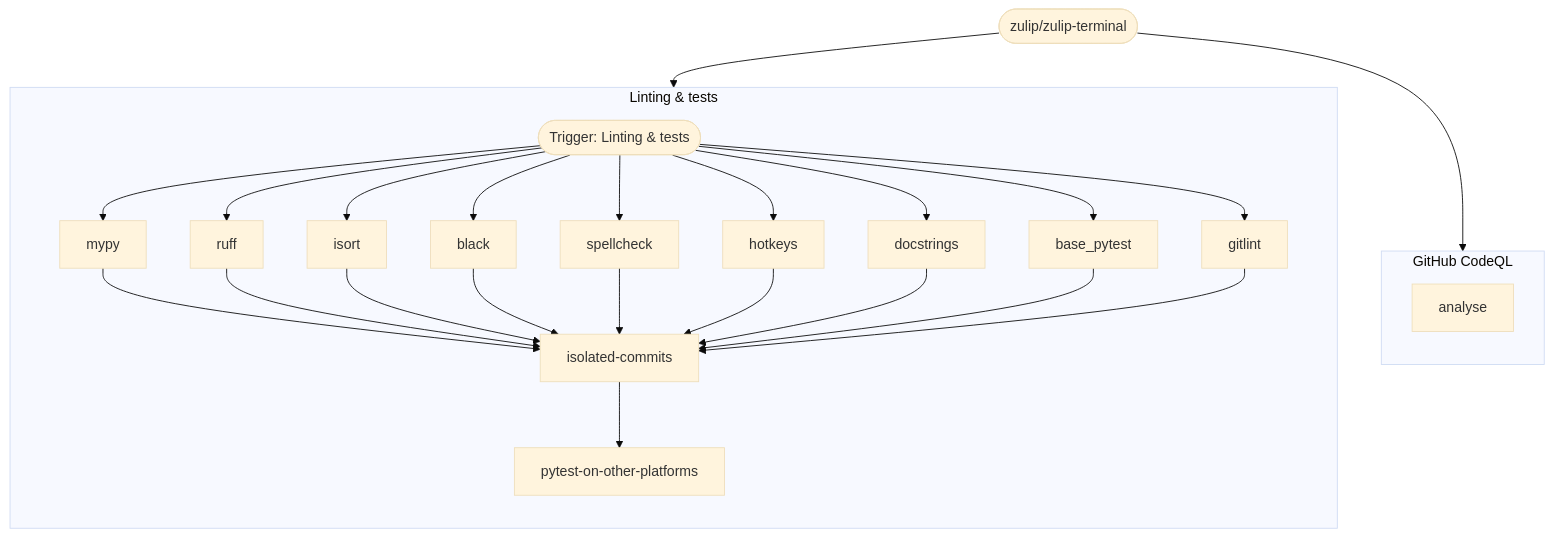
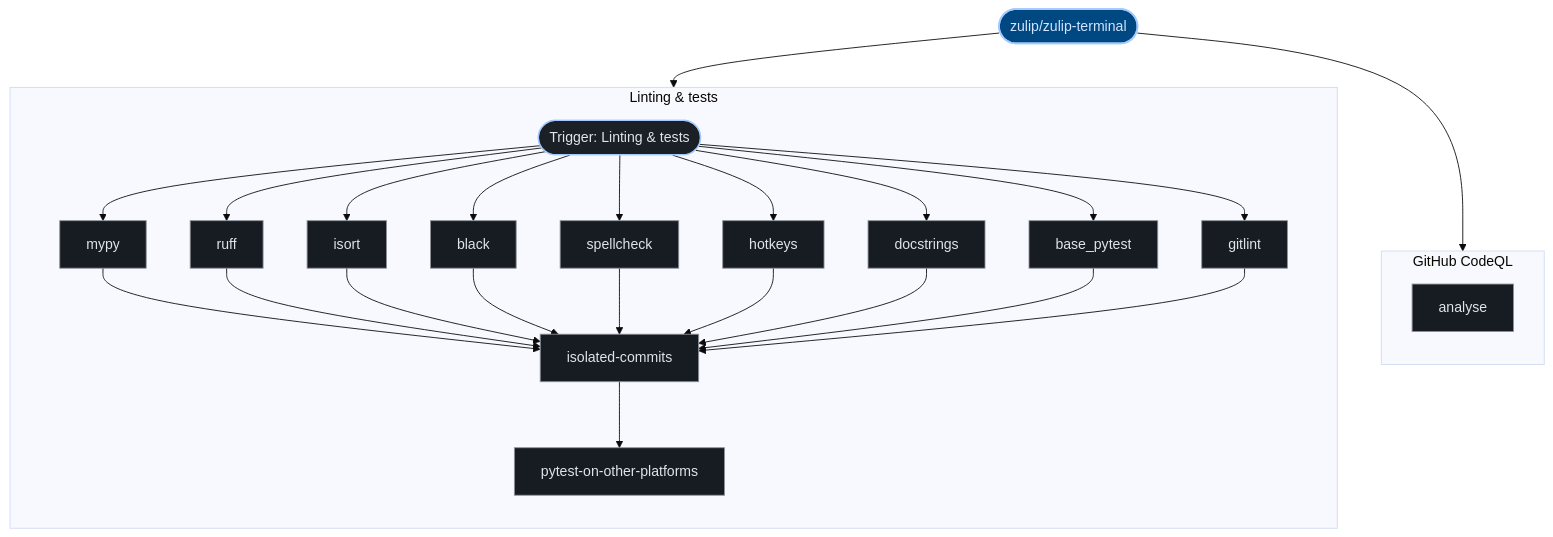
The second of 2 diagrams in exports/latest/reports/zulip-zulip-terminal-report.md (kumarshaz/atruss-code-atlas), drawn with Mermaid (base theme) before and after one commit. The commit also changed other lines of this file and 331 other files, not shown here.

Commit message:
docs,ui,fix: update SDLC docs, reorder CI/CD DAG first, stylize Mermaid, and fix Arc42 pipeline topology

````diff
--- a/exports/latest/reports/zulip-zulip-terminal-report.md
+++ b/exports/latest/reports/zulip-zulip-terminal-report.md
@@ -74,44 +78,51 @@
 ```mermaid
 graph TD;
-  pipeline_root(["zulip/zulip-terminal"])
+  classDef atlasRoot fill:#004882,stroke:#a3c9ff,stroke-width:2px,color:#d3e4ff
+  classDef atlasCategory fill:#212428,stroke:#E87A48,stroke-width:1.5px,color:#dfe3eb
+  classDef atlasWorkflow fill:#1b2026,stroke:#a3c9ff,stroke-width:1.5px,color:#dfe3eb
+  classDef atlasJob fill:#171c22,stroke:#8d9199,stroke-width:1px,color:#dfe3eb
+  classDef atlasTarget fill:#005227,stroke:#8bd99b,stroke-width:1.5px,color:#a7f6b6
+  classDef atlasAlert fill:#93000a,stroke:#ffb4ab,stroke-width:1.5px,color:#ffdad6
+  classDef atlasMore fill:#252a31,stroke:#8d9199,stroke-dasharray:4 4,color:#c3c6cf
+  pipeline_root(["zulip/zulip-terminal"]):::atlasRoot
   subgraph GitHub_CodeQL_0["GitHub CodeQL"]
     direction TB
-    0_analyse["analyse"]
+    0_analyse["analyse"]:::atlasJob
   end
   pipeline_root --> 0_analyse
   subgraph Linting___tests_1["Linting & tests"]
     direction TB
-    1_mypy["mypy"]
-    1_ruff["ruff"]
-    1_isort["isort"]
-    1_black["black"]
-    1_spellcheck["spellcheck"]
-    1_hotkeys["hotkeys"]
-    1_docstrings["docstrings"]
-    1_gitlint["gitlint"]
-    1_base_pytest["base_pytest"]
-    1_isolated_commits["isolated-commits"]
+    1_mypy["mypy"]:::atlasJob
+    1_ruff["ruff"]:::atlasJob
+    1_isort["isort"]:::atlasJob
+    1_black["black"]:::atlasJob
+    1_spellcheck["spellcheck"]:::atlasJob
+    1_hotkeys["hotkeys"]:::atlasJob
+    1_docstrings["docstrings"]:::atlasJob
+    1_gitlint["gitlint"]:::atlasJob
+    1_base_pytest["base_pytest"]:::atlasJob
+    1_isolated_commits["isolated-commits"]:::atlasJob
     1_mypy --> 1_isolated_commits
     1_ruff --> 1_isolated_commits
     1_isort --> 1_isolated_commits
     1_black --> 1_isolated_commits
     1_spellcheck --> 1_isolated_commits
     1_hotkeys --> 1_isolated_commits
     1_docstrings --> 1_isolated_commits
     1_base_pytest --> 1_isolated_commits
     1_gitlint --> 1_isolated_commits
-    1_pytest_on_other_platforms["pytest-on-other-platforms"]
+    1_pytest_on_other_platforms["pytest-on-other-platforms"]:::atlasJob
     1_isolated_commits --> 1_pytest_on_other_platforms
-    wf_entry_1(["Trigger: Linting & tests"])
+    wf_entry_1(["Trigger: Linting & tests"]):::atlasWorkflow
     wf_entry_1 --> 1_mypy
     wf_entry_1 --> 1_ruff
     wf_entry_1 --> 1_isort
     wf_entry_1 --> 1_black
     wf_entry_1 --> 1_spellcheck
     wf_entry_1 --> 1_hotkeys
     wf_entry_1 --> 1_docstrings
     wf_entry_1 --> 1_gitlint
     wf_entry_1 --> 1_base_pytest
   end
   pipeline_root --> wf_entry_1
 ```
````
